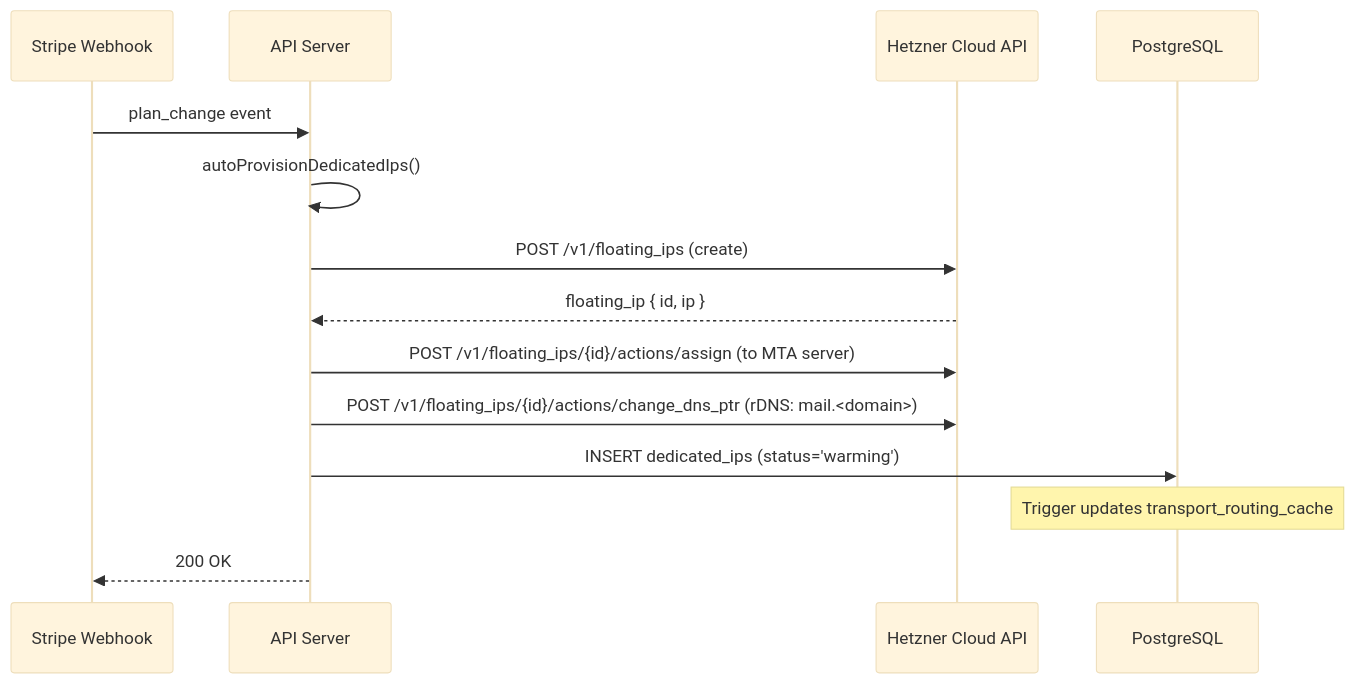
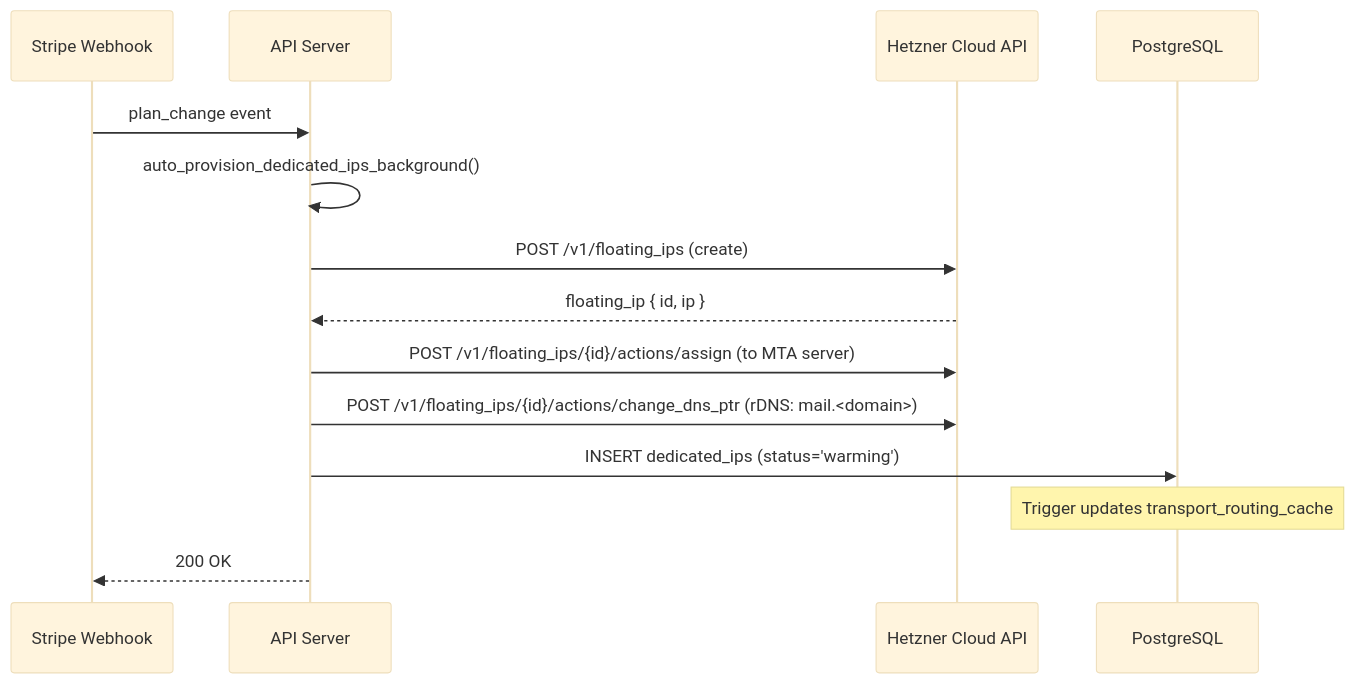
One commit to sbelakho2/ApexMail changed the second of 3 diagrams in docs/deployment/PRODUCTION_SETUP.md. Above: the diagram before and after it, drawn with Mermaid (base theme). The commit also changed other lines of this file and 603 other files, not shown here.

````diff
--- a/docs/deployment/PRODUCTION_SETUP.md
+++ b/docs/deployment/PRODUCTION_SETUP.md
@@ -292,17 +292,17 @@
 ```mermaid
 sequenceDiagram
     participant Stripe as Stripe Webhook
     participant API as API Server
     participant Hetzner as Hetzner Cloud API
     participant DB as PostgreSQL
 
     Stripe->>API: plan_change event
-    API->>API: autoProvisionDedicatedIps()
+    API->>API: auto_provision_dedicated_ips_background()
     API->>Hetzner: POST /v1/floating_ips (create)
     Hetzner-->>API: floating_ip { id, ip }
     API->>Hetzner: POST /v1/floating_ips/{id}/actions/assign (to MTA server)
     API->>Hetzner: POST /v1/floating_ips/{id}/actions/change_dns_ptr (rDNS: mail.<domain>)
     API->>DB: INSERT dedicated_ips (status='warming')
     Note over DB: Trigger updates transport_routing_cache
     API-->>Stripe: 200 OK
 ```
````
